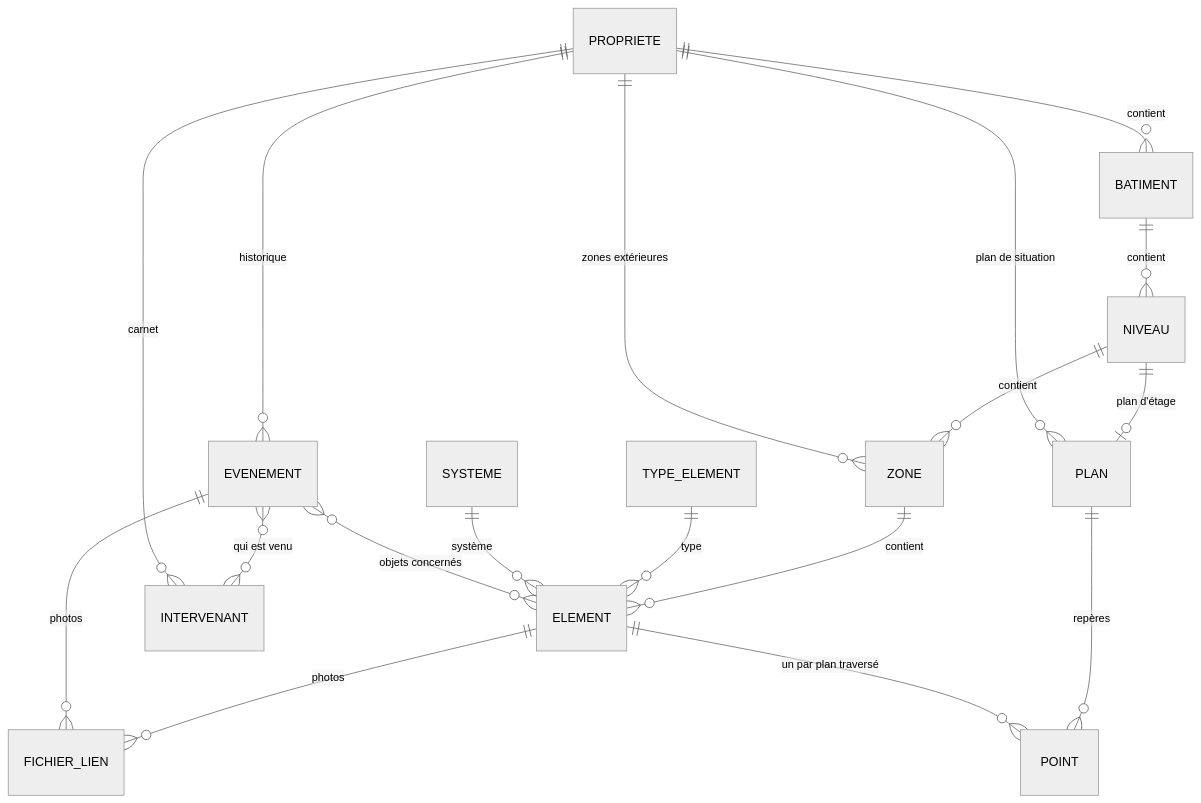
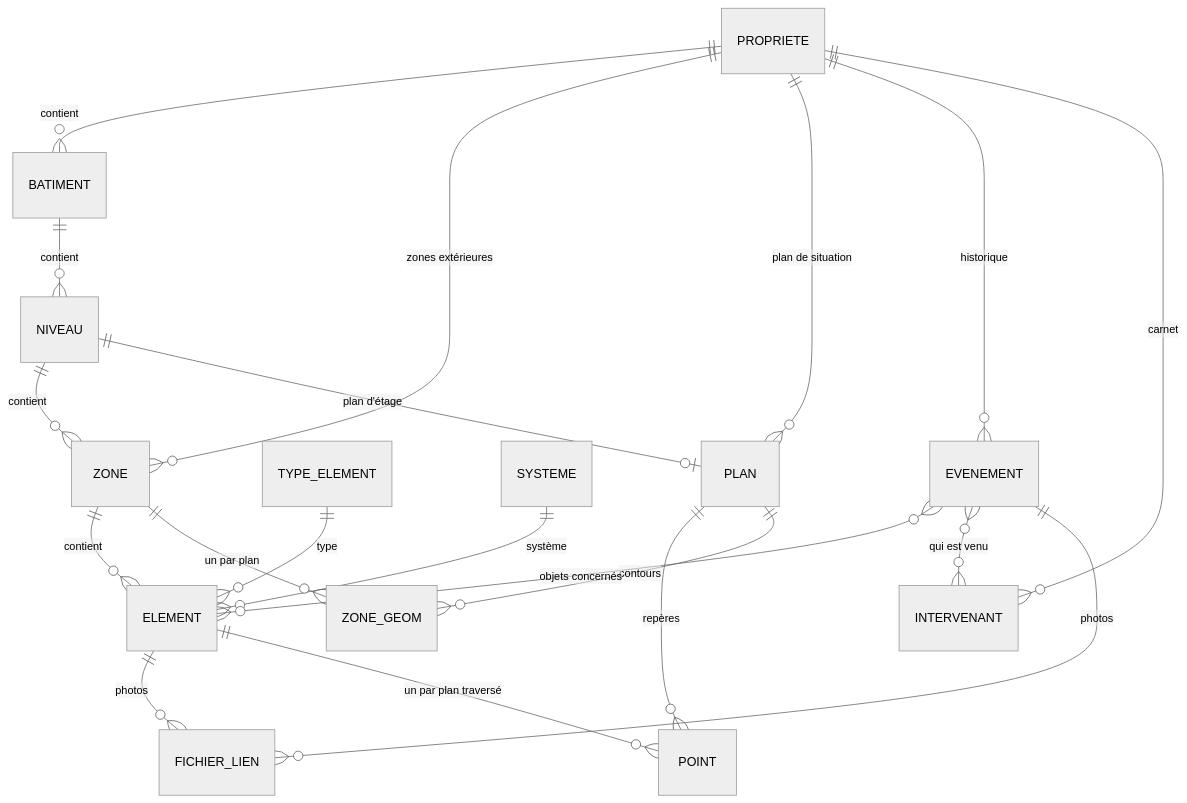
Before and after one commit to theo-bggtt/gestionImmobiliere: the first of 3 diagrams in README.md, drawn with Mermaid (neutral theme). The commit also changed other lines of this file and 24 other files, not shown here.

First line of the commit message:
feat(plans): étape 6 — tracé des contours de zone, la géométrie propose la zone d'un point (#21)

````diff
--- a/README.md
+++ b/README.md
@@ -133,20 +133,22 @@
 ```mermaid
 erDiagram
     PROPRIETE ||--o{ BATIMENT : contient
     BATIMENT ||--o{ NIVEAU : contient
     NIVEAU ||--o{ ZONE : contient
     PROPRIETE ||--o{ ZONE : "zones extérieures"
     ZONE ||--o{ ELEMENT : contient
     TYPE_ELEMENT ||--o{ ELEMENT : type
     SYSTEME ||--o{ ELEMENT : système
     ELEMENT ||--o{ FICHIER_LIEN : photos
     NIVEAU ||--o| PLAN : "plan d'étage"
     PROPRIETE ||--o{ PLAN : "plan de situation"
     PLAN ||--o{ POINT : repères
     ELEMENT ||--o{ POINT : "un par plan traversé"
+    PLAN ||--o{ ZONE_GEOM : contours
+    ZONE ||--o{ ZONE_GEOM : "un par plan"
     PROPRIETE ||--o{ EVENEMENT : historique
     EVENEMENT }o--o{ ELEMENT : "objets concernés"
     EVENEMENT }o--o{ INTERVENANT : "qui est venu"
     PROPRIETE ||--o{ INTERVENANT : carnet
     EVENEMENT ||--o{ FICHIER_LIEN : photos
 ```
````
